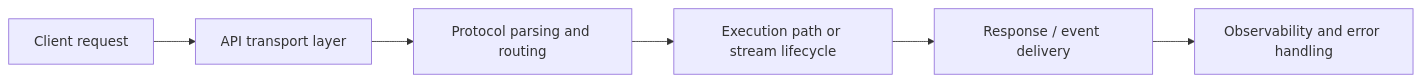
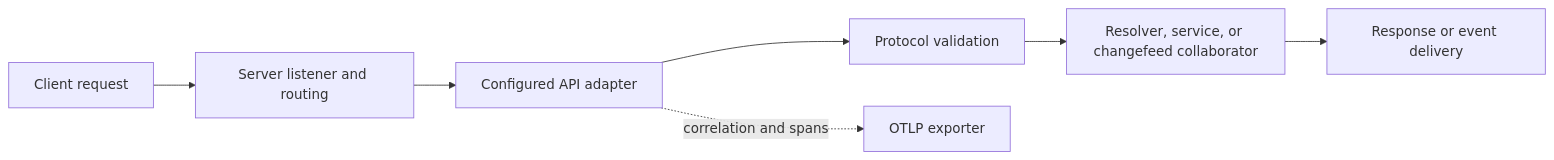
The diagram in src/api/FEATURES.md (makr-code/ThemisDB), drawn with Mermaid before and after one commit. The commit also changed other lines of this file and 17 other files, not shown here.

````diff
--- a/src/api/FEATURES.md
+++ b/src/api/FEATURES.md
@@ -22,8 +32,9 @@
 ```mermaid
 flowchart LR
-    A[Client request] --> B[API transport layer]
-    B --> C[Protocol parsing and routing]
-    C --> D[Execution path or stream lifecycle]
-    D --> E[Response / event delivery]
-    E --> F[Observability and error handling]
+    A[Client request] --> B[Server listener and routing]
+    B --> C[Configured API adapter]
+    C --> D[Protocol validation]
+    D --> E[Resolver, service, or changefeed collaborator]
+    E --> F[Response or event delivery]
+    C -. correlation and spans .-> G[OTLP exporter]
 ```
````
